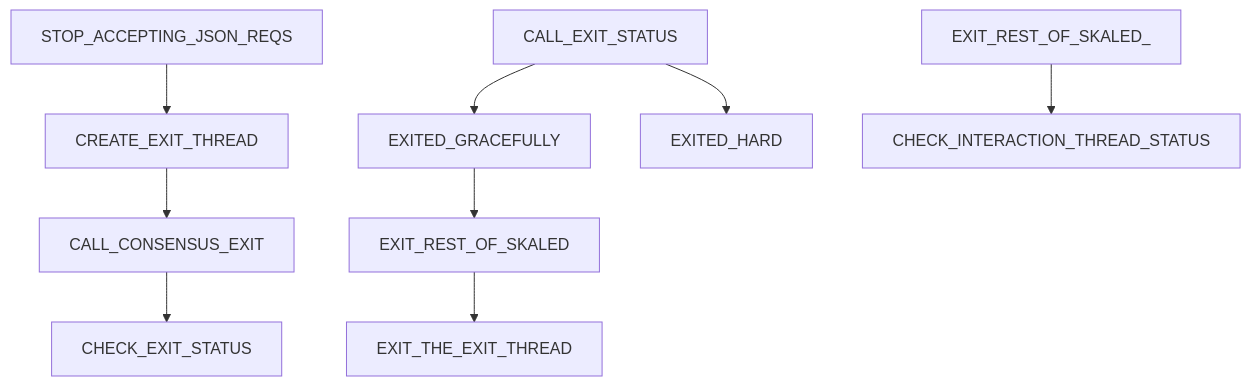
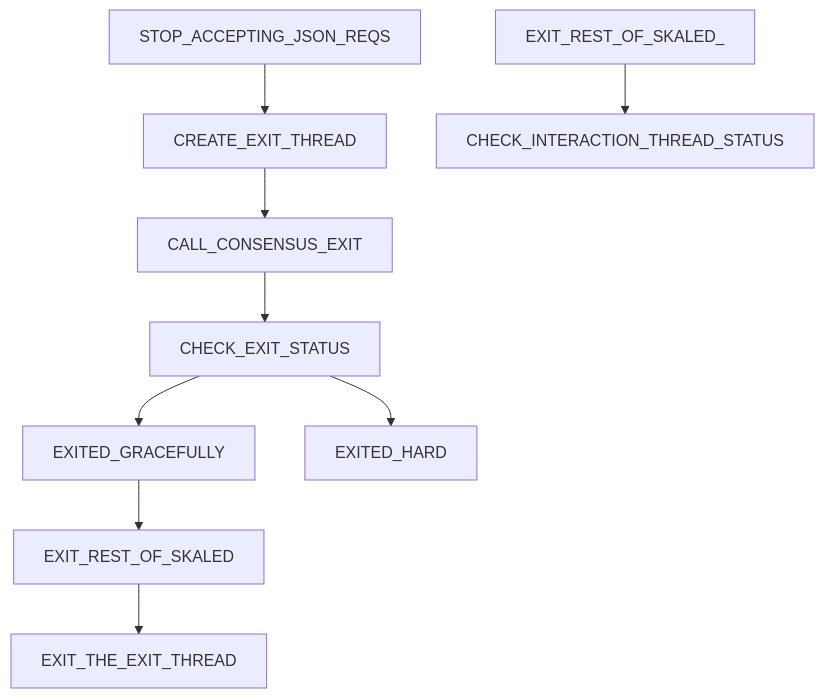
Before and after one commit to skalenetwork/skale-consensus: the diagram in docs/exit.md, drawn with Mermaid. The commit also changed 1 other file, not shown here.

Commit message:
1425 threading rules

````diff
--- a/docs/exit.md
+++ b/docs/exit.md
@@ -16,12 +16,12 @@
 ```mermaid
 graph TD;
     STOP_ACCEPTING_JSON_REQS-->CREATE_EXIT_THREAD;
     CREATE_EXIT_THREAD-->CALL_CONSENSUS_EXIT;
     CALL_CONSENSUS_EXIT-->CHECK_EXIT_STATUS;
-    CALL_EXIT_STATUS-->EXITED_GRACEFULLY;
+    CHECK_EXIT_STATUS-->EXITED_GRACEFULLY;
     EXITED_GRACEFULLY-->EXIT_REST_OF_SKALED;
     EXIT_REST_OF_SKALED-->EXIT_THE_EXIT_THREAD;
-    CALL_EXIT_STATUS-->EXITED_HARD;
+    CHECK_EXIT_STATUS-->EXITED_HARD;
     EXIT_REST_OF_SKALED_-->CHECK_INTERACTION_THREAD_STATUS;
     CHECK_INTERACTION_THREAD_STATUS
 ```
````
